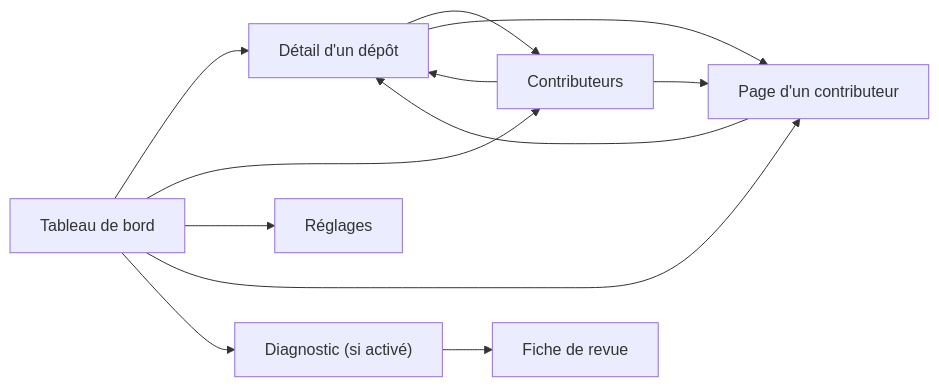
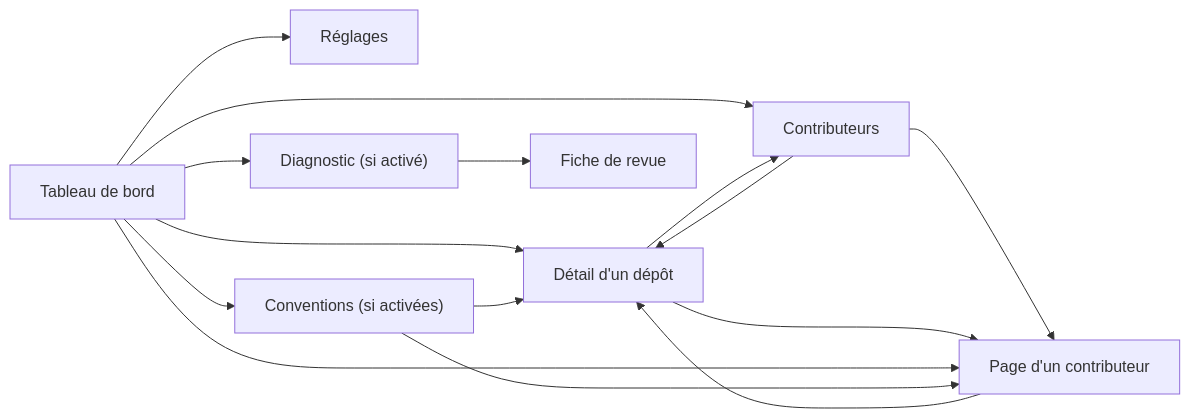
Before and after one commit to studoo-app/watchoo: the diagram in documentation/fr/06-interface-web.md, drawn with Mermaid. The commit also changed other lines of this file and 74 other files, not shown here.

````diff
--- a/documentation/fr/06-interface-web.md
+++ b/documentation/fr/06-interface-web.md
@@ -480,14 +526,17 @@
 ```mermaid
 flowchart LR
     DASH["Tableau de bord"] --> REPO["Détail d'un dépôt"]
     DASH --> CONTRIB["Contributeurs"]
     DASH --> SET["Réglages"]
     REPO --> CONTRIB
     CONTRIB --> REPO
     CONTRIB --> PERSON["Page d'un contributeur"]
     REPO --> PERSON
     DASH --> PERSON
     PERSON --> REPO
     DASH --> DIAG["Diagnostic (si activé)"]
     DIAG --> LEAD["Fiche de revue"]
+    DASH --> CONV["Conventions (si activées)"]
+    CONV --> REPO
+    CONV --> PERSON
 ```
````
